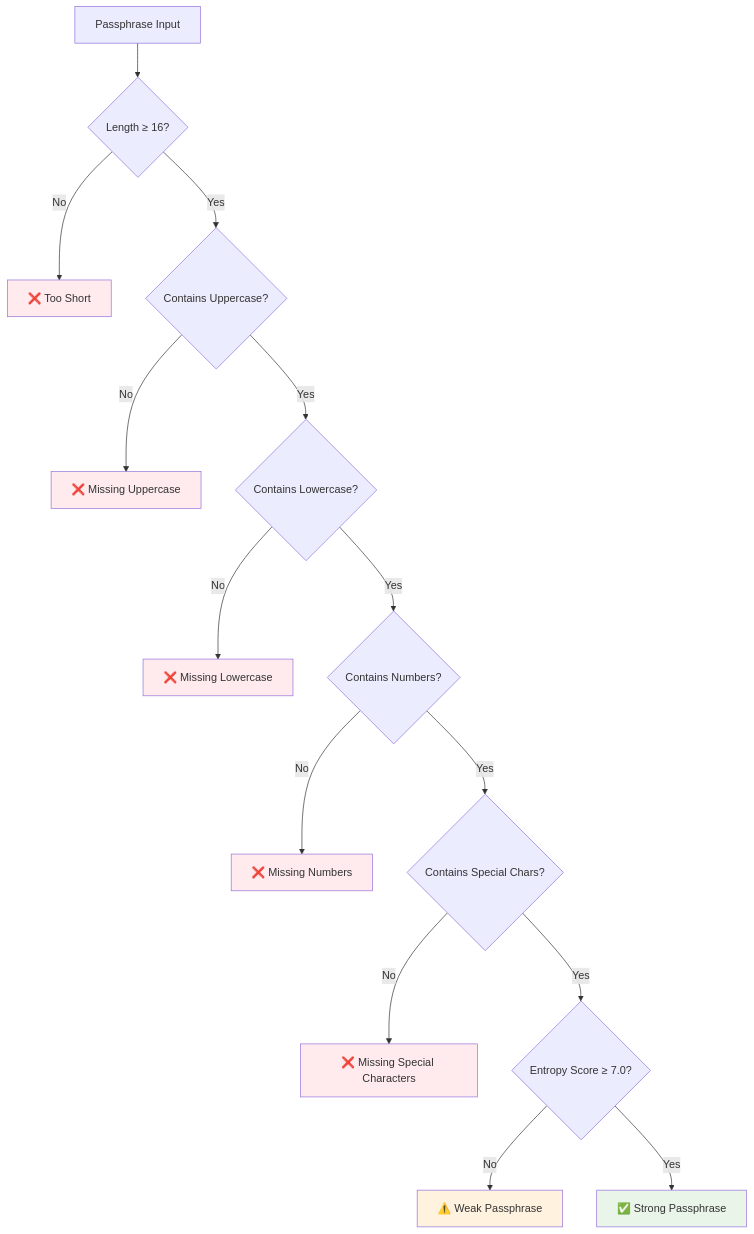
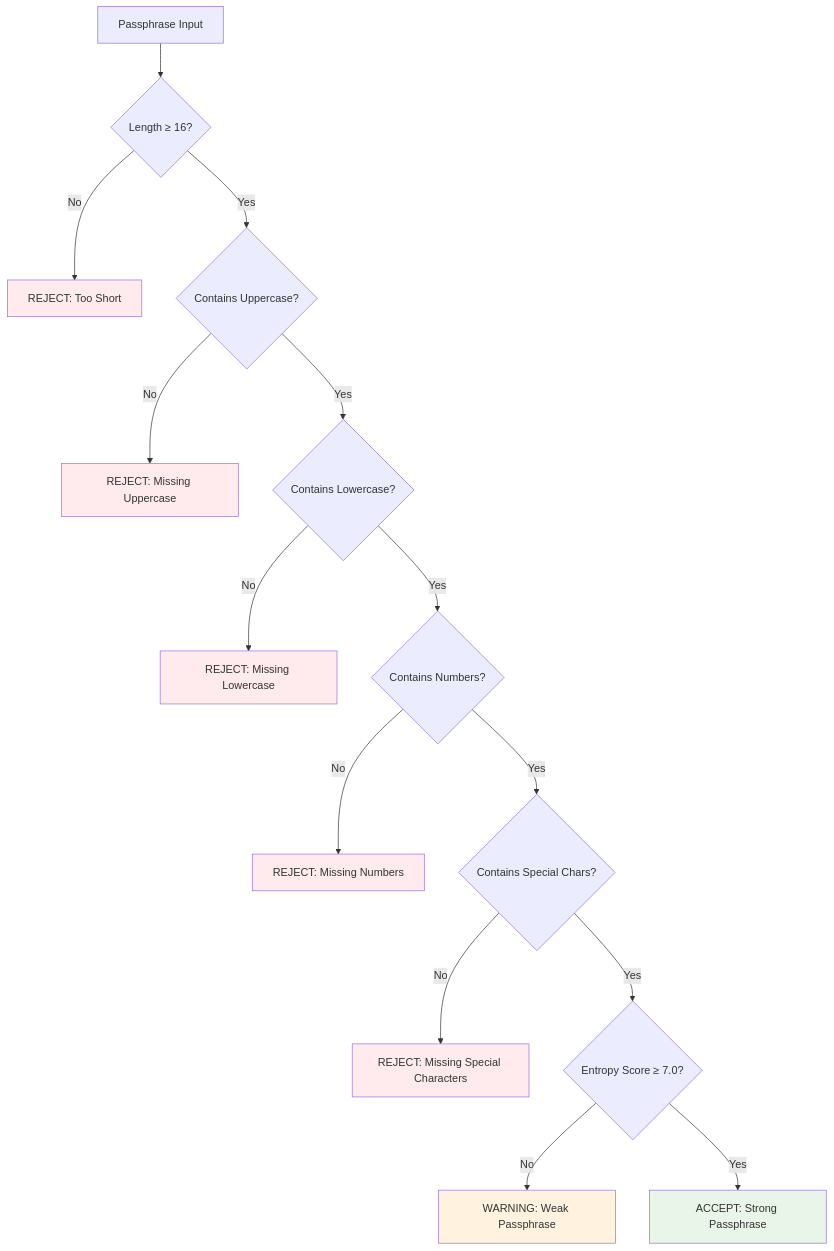
Before and after one commit to artivisi/hsm-simulator: the sixth of 11 diagrams in docs/user-manual/key-ceremony.md, drawn with Mermaid. The commit also changed other lines of this file and 12 other files, not shown here.

````diff
--- a/docs/user-manual/key-ceremony.md
+++ b/docs/user-manual/key-ceremony.md
@@ -329,24 +329,24 @@
 ```mermaid
 graph TD
     A[Passphrase Input] --> B{Length ≥ 16?}
-    B -->|No| C[❌ Too Short]
+    B -->|No| C[REJECT: Too Short]
     B -->|Yes| D{Contains Uppercase?}
-    D -->|No| E[❌ Missing Uppercase]
+    D -->|No| E[REJECT: Missing Uppercase]
     D -->|Yes| F{Contains Lowercase?}
-    F -->|No| G[❌ Missing Lowercase]
+    F -->|No| G[REJECT: Missing Lowercase]
     F -->|Yes| H{Contains Numbers?}
-    H -->|No| I[❌ Missing Numbers]
+    H -->|No| I[REJECT: Missing Numbers]
     H -->|Yes| J{Contains Special Chars?}
-    J -->|No| K[❌ Missing Special Characters]
+    J -->|No| K[REJECT: Missing Special Characters]
     J -->|Yes| L{Entropy Score ≥ 7.0?}
-    L -->|No| M[⚠️ Weak Passphrase]
-    L -->|Yes| N[✅ Strong Passphrase]
+    L -->|No| M[WARNING: Weak Passphrase]
+    L -->|Yes| N[ACCEPT: Strong Passphrase]
 
     style N fill:#e8f5e8
     style M fill:#fff3e0
     style C fill:#ffebee
     style E fill:#ffebee
     style G fill:#ffebee
     style I fill:#ffebee
     style K fill:#ffebee
 ```
````
